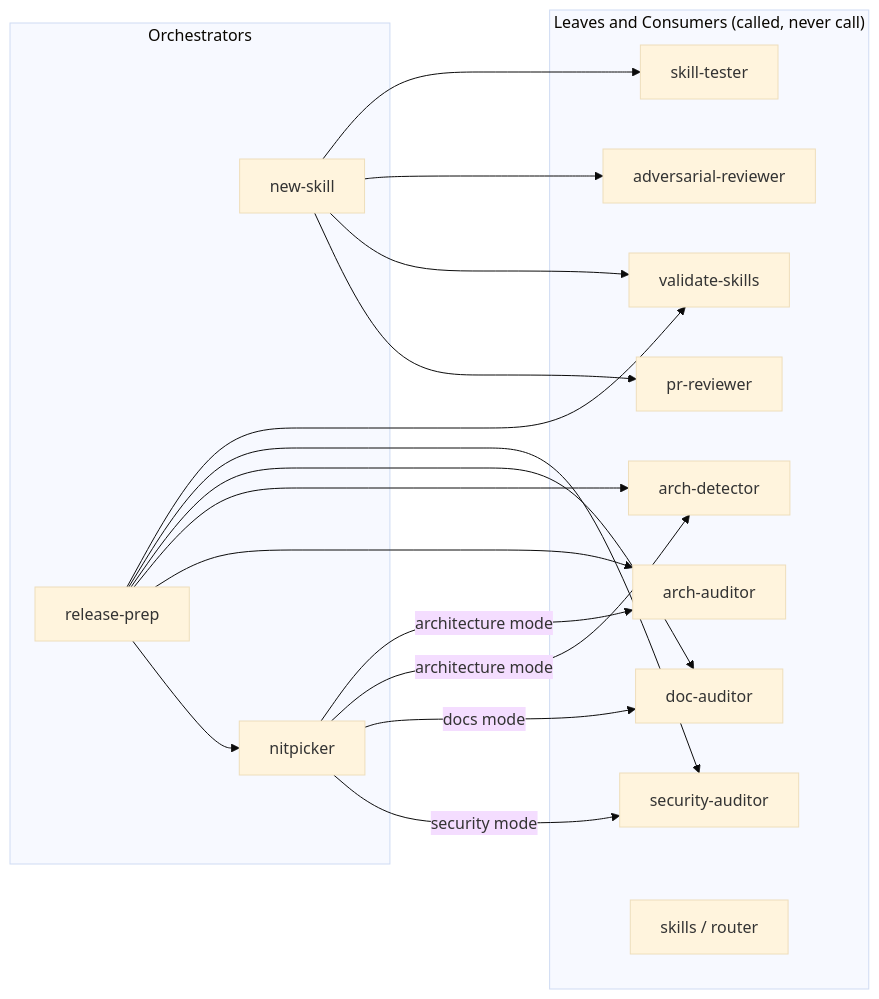
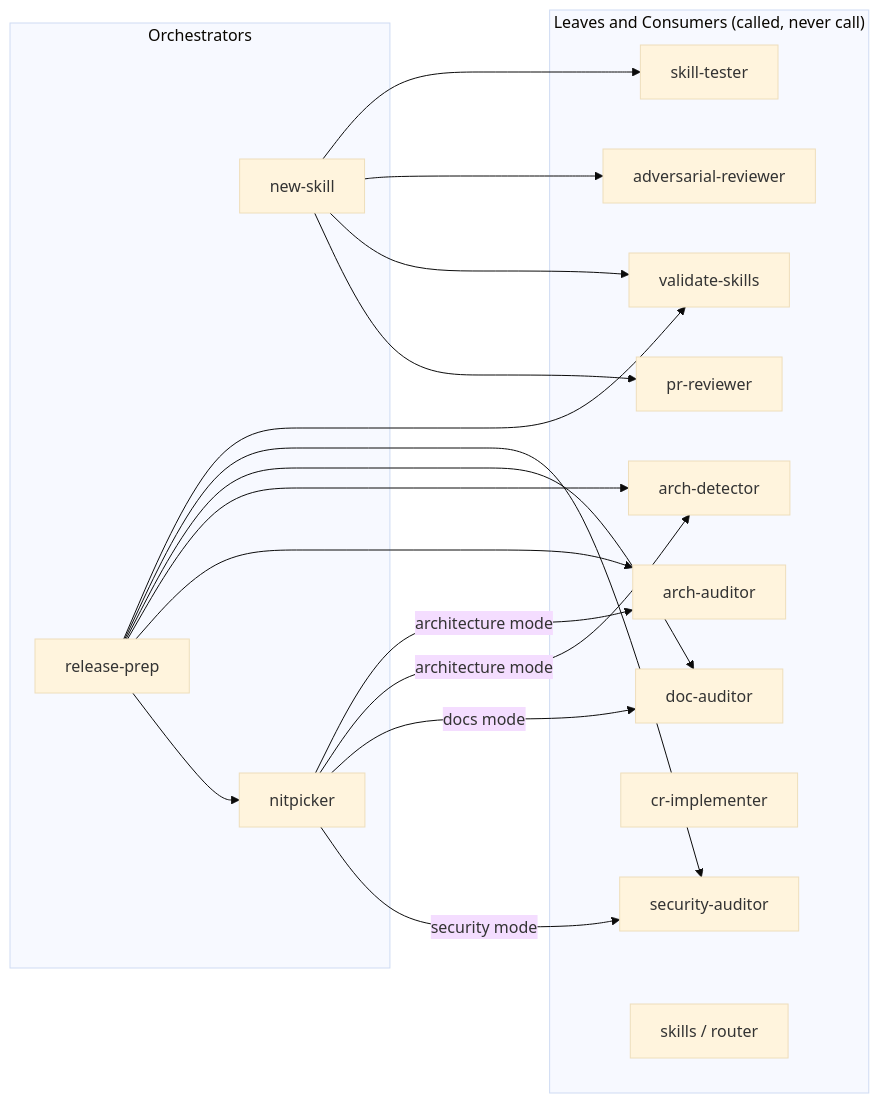
One commit to ivuorinen/skills changed the sixth of 6 diagrams in .claude/skills/README.md. Above: the diagram before and after it, drawn with Mermaid (base theme). The commit also changed other lines of this file and 5 other files, not shown here.

````diff
--- a/.claude/skills/README.md
+++ b/.claude/skills/README.md
@@ -239,37 +243,38 @@
 ```mermaid
 graph LR
     subgraph orchestrators["Orchestrators"]
         NS[new-skill]
         RP[release-prep]
         NP[nitpicker]
     end
 
     subgraph leaves["Leaves and Consumers (called, never call)"]
         AR[adversarial-reviewer]
         VS[validate-skills]
         AD[arch-detector]
         AA[arch-auditor]
         DA[doc-auditor]
         PR[pr-reviewer]
         SA[security-auditor]
+        CRI[cr-implementer]
         ST[skill-tester]
         SK[skills / router]
     end
 
     NS --> ST
     NS --> AR
     NS --> VS
     NS --> PR
 
     RP --> VS
     RP --> SA
     RP --> DA
     RP --> AD
     RP --> AA
     RP --> NP
 
     NP -->|architecture mode| AA
     NP -->|architecture mode| AD
     NP -->|docs mode| DA
     NP -->|security mode| SA
 ```
````
